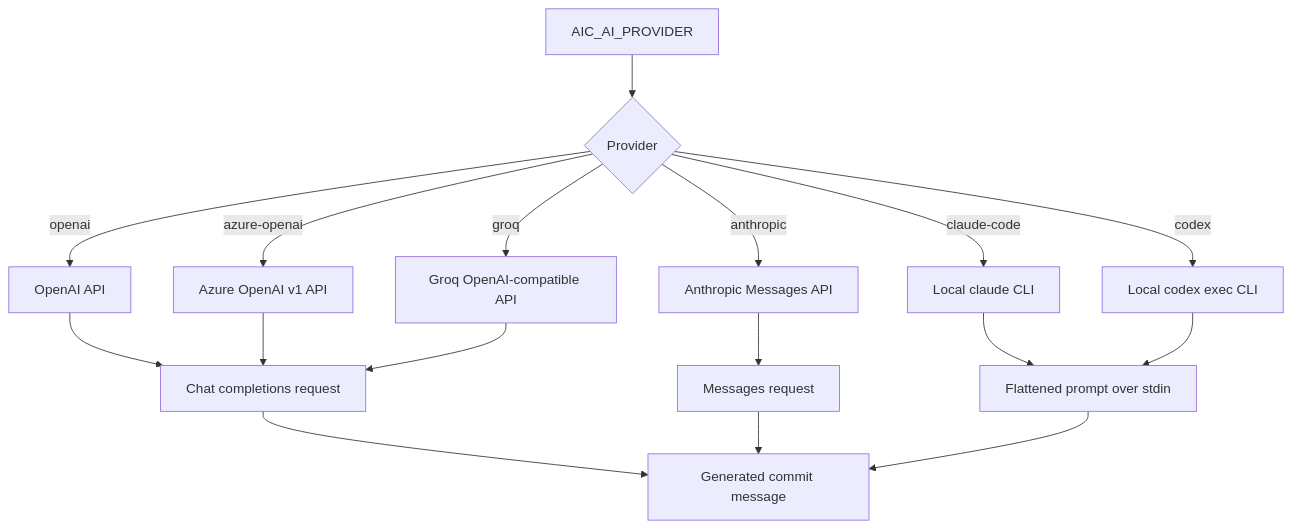
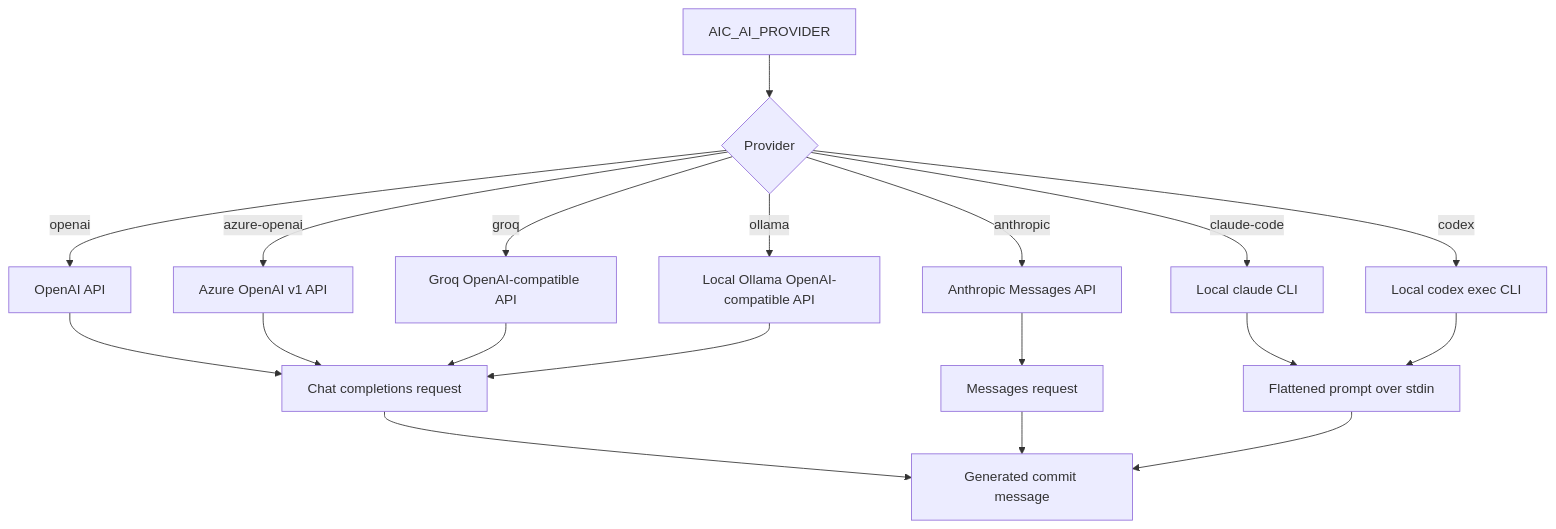
Before and after one commit to russmckendrick/aicommit: the diagram in docs/providers.md, drawn with Mermaid. The commit also changed other lines of this file and 21 other files, not shown here.

````diff
--- a/docs/providers.md
+++ b/docs/providers.md
@@ -20,19 +21,21 @@
 ```mermaid
 flowchart TD
     Config["AIC_AI_PROVIDER"] --> Provider{"Provider"}
     Provider -->|openai| OpenAI["OpenAI API"]
     Provider -->|azure-openai| Azure["Azure OpenAI v1 API"]
     Provider -->|anthropic| Anthropic["Anthropic Messages API"]
     Provider -->|groq| Groq["Groq OpenAI-compatible API"]
+    Provider -->|ollama| Ollama["Local Ollama OpenAI-compatible API"]
     Provider -->|claude-code| Claude["Local claude CLI"]
     Provider -->|codex| Codex["Local codex exec CLI"]
     OpenAI --> Chat["Chat completions request"]
     Azure --> Chat
     Groq --> Chat
+    Ollama --> Chat
     Anthropic --> Messages["Messages request"]
     Claude --> Prompt["Flattened prompt over stdin"]
     Codex --> Prompt
     Chat --> Result["Generated commit message"]
     Messages --> Result
     Prompt --> Result
 ```
````
